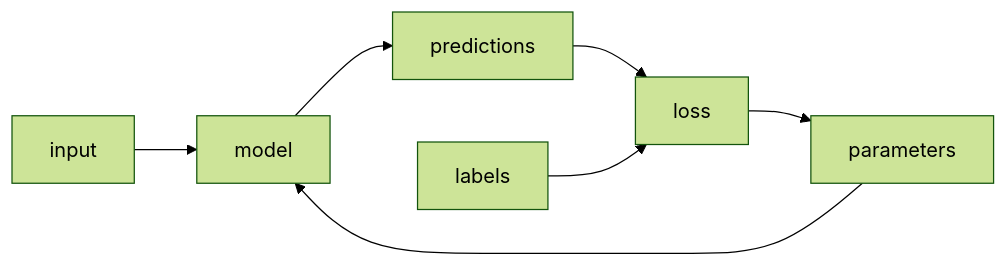
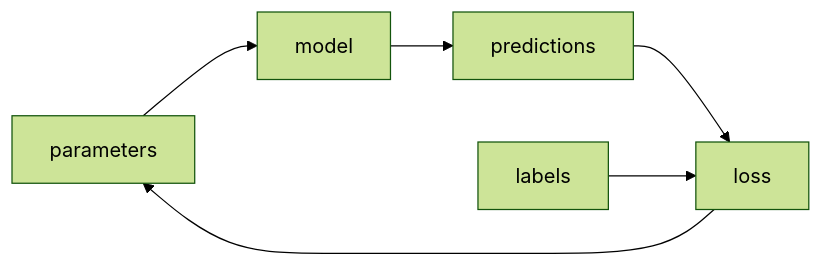
The third of 3 diagrams in _posts/2023-08-16-rivoluzione.md (nicoladerric/nicoladerric.github.io), drawn with Mermaid (forest theme) before and after one commit. The commit also changed other lines of this file, not shown here.

````diff
--- a/_posts/2023-08-16-rivoluzione.md
+++ b/_posts/2023-08-16-rivoluzione.md
@@ -24,9 +31,8 @@
 ```mermaid
 flowchart LR;
-    input --> model;
     parameters --> model;
     model --> predictions;
     predictions --> loss;
     labels --> loss;
     loss --> parameters;
 ```
````
